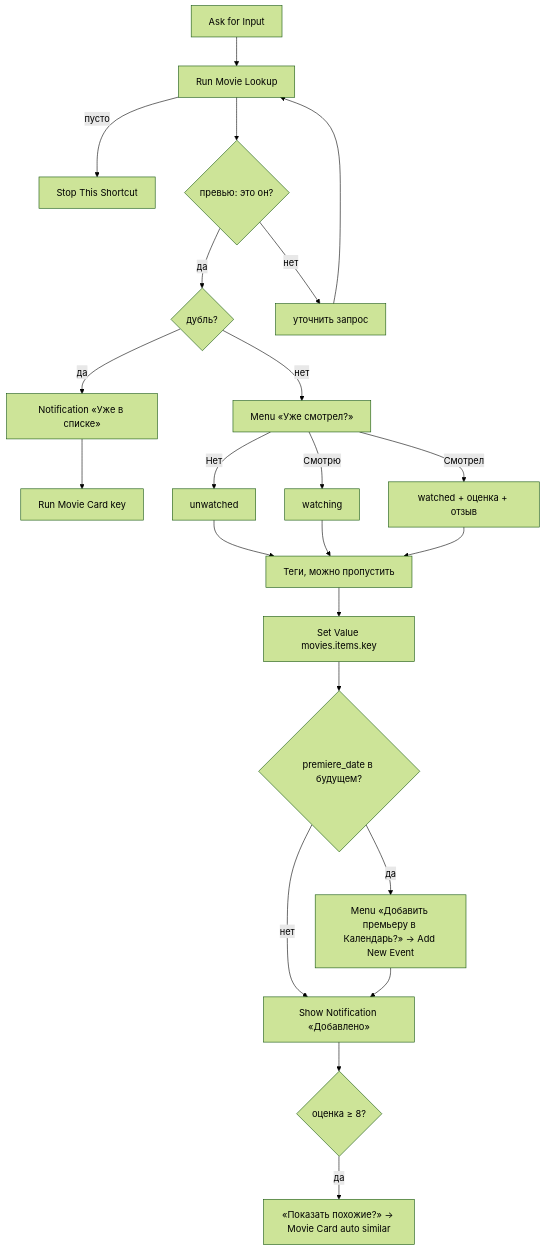
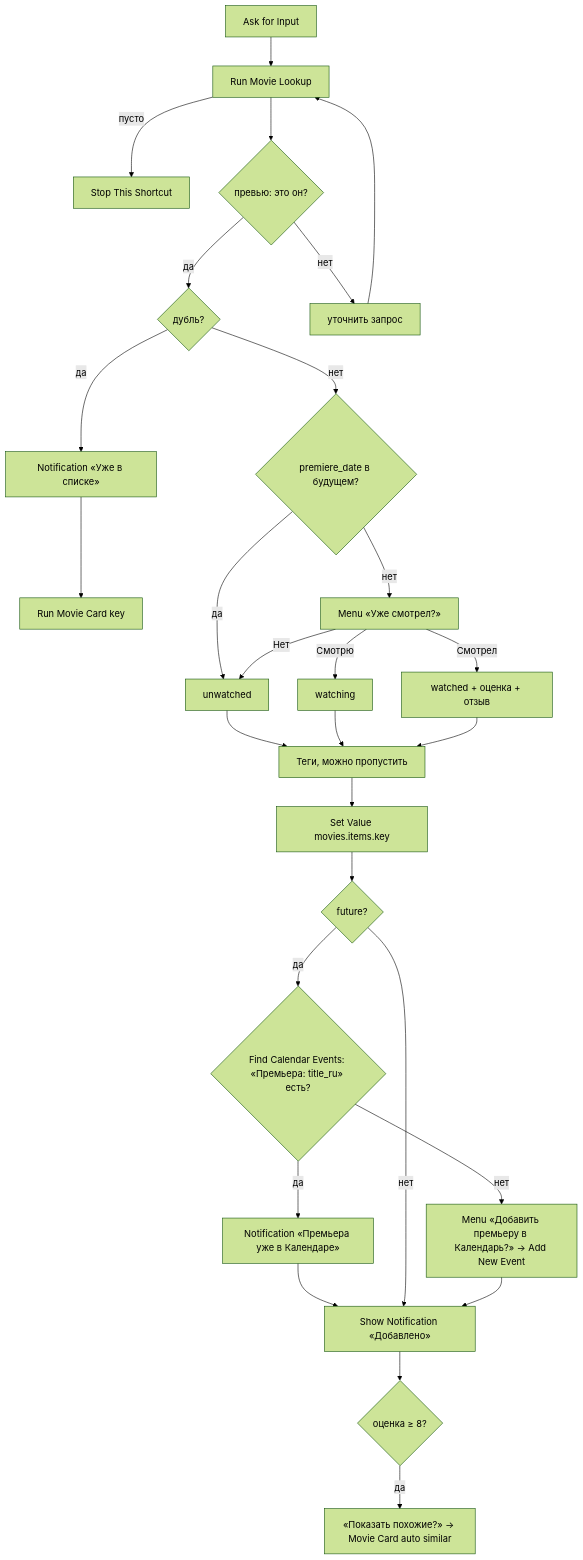
One commit to Gamspi/movie_gallery changed the diagram in add/README.md. Above: the diagram before and after it, drawn with Mermaid (forest theme). The commit also changed other lines of this file and 5 other files, not shown here.

````diff
--- a/add/README.md
+++ b/add/README.md
@@ -13,23 +13,27 @@
 ```mermaid
 flowchart TD
     A[Ask for Input] --> L[Run Movie Lookup]
     L -->|пусто| Stop[Stop This Shortcut]
     D -->|да| N[Notification «Уже в списке»] --> C[Run Movie Card key]
-    D -->|нет| S[Menu «Уже смотрел?»]
+    D -->|нет| F{premiere_date в будущем?}
+    F -->|да| U
+    F -->|нет| S[Menu «Уже смотрел?»]
     L --> PV{превью: это он?}
     PV -->|нет| Q[уточнить запрос] --> L
     PV -->|да| D{дубль?}
     S -->|Нет| U[unwatched]
     S -->|Смотрю| W[watching]
     S -->|Смотрел| R[watched + оценка + отзыв]
     U --> T[Теги, можно пропустить]
     W --> T
     R --> T
     T --> V[Set Value movies.items.key]
-    V --> P{premiere_date в будущем?}
-    P -->|да| Cal[Menu «Добавить премьеру в Календарь?» → Add New Event]
+    V --> P{future?}
+    P -->|да| FE{Find Calendar Events: «Премьера: title_ru» есть?}
+    FE -->|да| Ex[Notification «Премьера уже в Календаре»] --> Done
+    FE -->|нет| Cal[Menu «Добавить премьеру в Календарь?» → Add New Event]
     P -->|нет| Done[Show Notification «Добавлено»]
     Cal --> Done
     Done --> Hi{оценка ≥ 8?}
     Hi -->|да| Sim[«Показать похожие?» → Movie Card auto similar]
 ```
````
